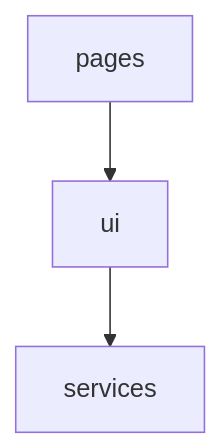
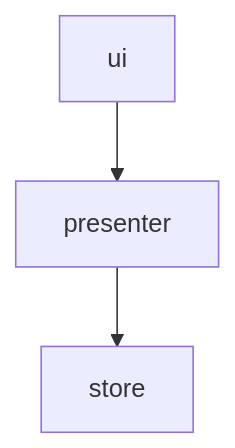
One commit to johnny-liaw/obsidian changed the diagram in Other/Diagrams.md. Above: the diagram before and after it, drawn with Mermaid. The commit also changed other lines of this file and 1 other file, not shown here.

````diff
--- a/Other/Diagrams.md
+++ b/Other/Diagrams.md
@@ -13,5 +2,6 @@
 ```mermaid
 graph TD
-pages --> ui
-ui --> services
+ui --> presenter
+presenter --> store
+
 ```
````
